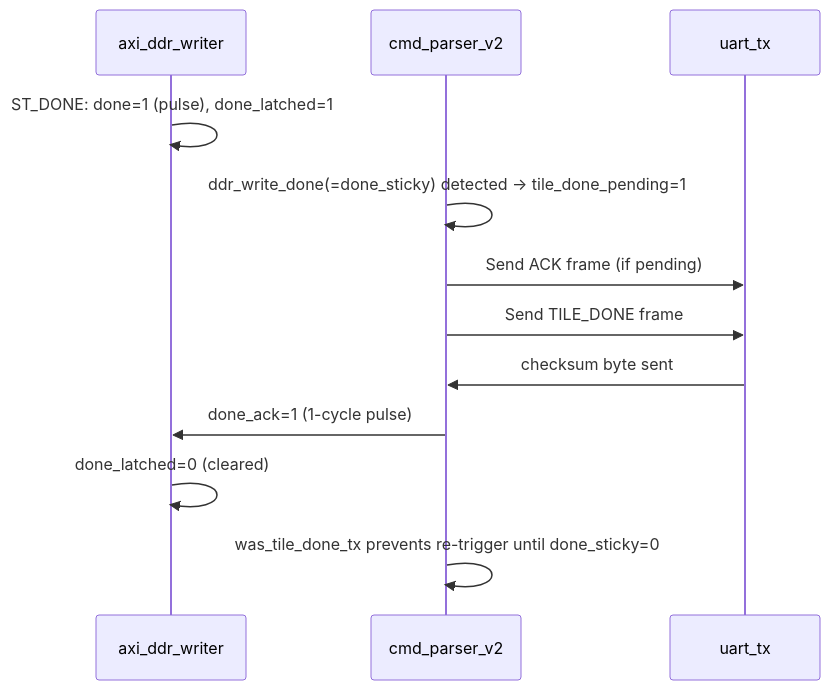
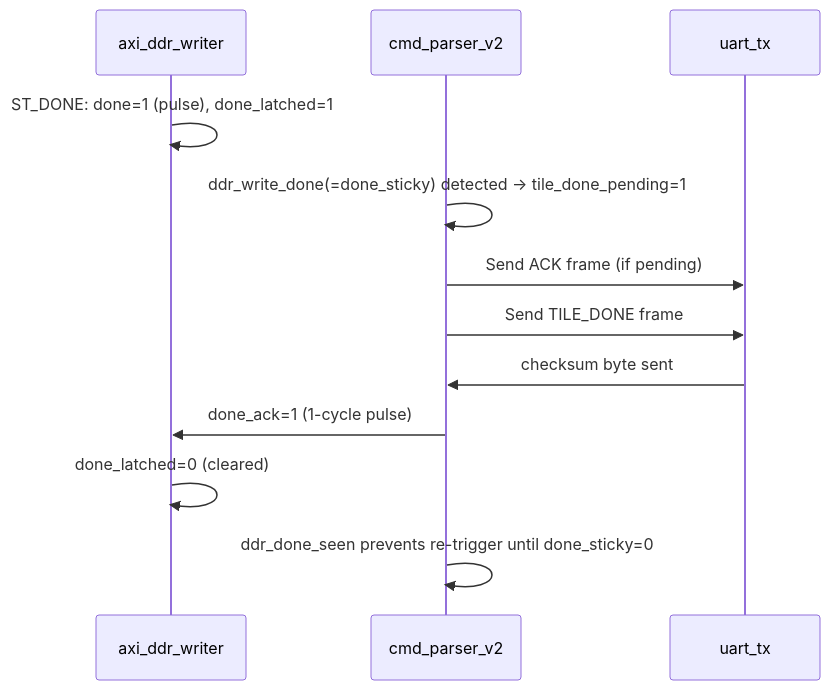
One commit to RESBI/FPGA-Mandelbrot-Demo changed diagram 18 of 18 in doc/PL_PS_DDR_DESIGN.md. Above: the diagram before and after it, drawn with Mermaid. The commit also changed other lines of this file and 25 other files, not shown here.

````diff
--- a/doc/PL_PS_DDR_DESIGN.md
+++ b/doc/PL_PS_DDR_DESIGN.md
@@ -963,15 +1073,15 @@
 ```mermaid
 sequenceDiagram
     participant AXI as axi_ddr_writer
     participant CMD as cmd_parser_v2
     participant UART as uart_tx
 
     AXI->>AXI: ST_DONE: done=1 (pulse), done_latched=1
     CMD->>CMD: ddr_write_done(=done_sticky) detected → tile_done_pending=1
     CMD->>UART: Send ACK frame (if pending)
     CMD->>UART: Send TILE_DONE frame
     UART->>CMD: checksum byte sent
     CMD->>AXI: done_ack=1 (1-cycle pulse)
     AXI->>AXI: done_latched=0 (cleared)
-    CMD->>CMD: was_tile_done_tx prevents re-trigger until done_sticky=0
+    CMD->>CMD: ddr_done_seen prevents re-trigger until done_sticky=0
 ```
````
